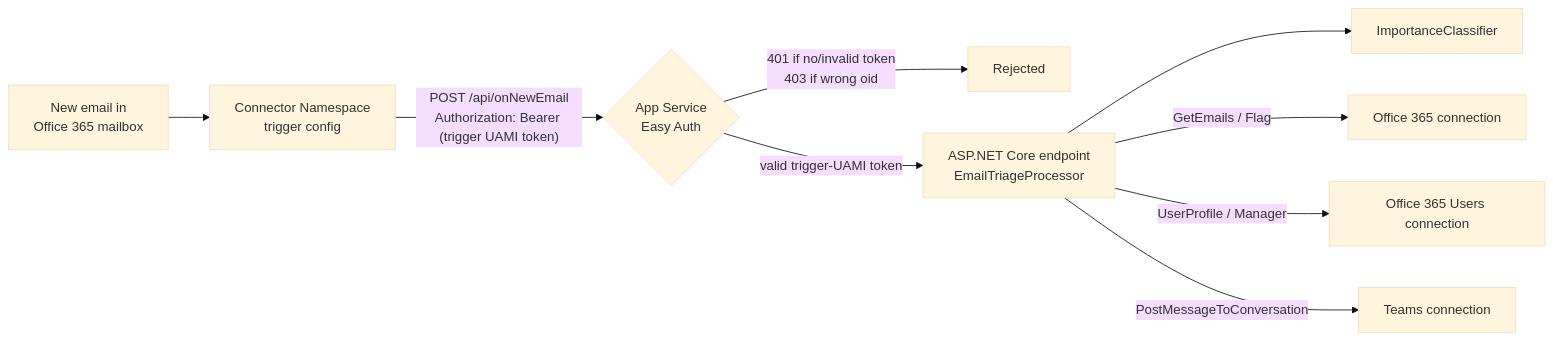
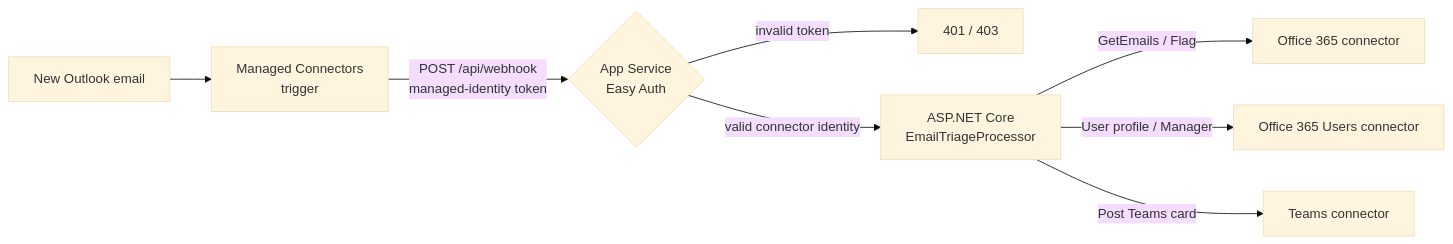
The diagram in README.md (Azure-Samples/app-service-connectors-net-e2e-email-users-teams), drawn with Mermaid (base theme) before and after one commit. The commit also changed other lines of this file and 8 other files, not shown here.

First line of the commit message:
Add first-class App Service connector destination (#1)

````diff
--- a/README.md
+++ b/README.md
@@ -39,11 +43,10 @@
 ```mermaid
 flowchart LR
-    A[New email in<br/>Office 365 mailbox] --> B[Connector Namespace<br/>trigger config]
-    B -- "POST /api/onNewEmail<br/>Authorization: Bearer (trigger UAMI token)" --> C{App Service<br/>Easy Auth}
-    C -- "401 if no/invalid token<br/>403 if wrong oid" --> X[Rejected]
-    C -- "valid trigger-UAMI token" --> D[ASP.NET Core endpoint<br/>EmailTriageProcessor]
-    D --> E[ImportanceClassifier]
-    D -- "GetEmails / Flag" --> F[Office 365 connection]
-    D -- "UserProfile / Manager" --> G[Office 365 Users connection]
-    D -- "PostMessageToConversation" --> H[Teams connection]
+    A[New Outlook email] --> B[Managed Connectors<br/>trigger]
+    B -- "POST /api/webhook<br/>managed-identity token" --> C{App Service<br/>Easy Auth}
+    C -- "invalid token" --> X[401 / 403]
+    C -- "valid connector identity" --> D[ASP.NET Core<br/>EmailTriageProcessor]
+    D -- "GetEmails / Flag" --> E[Office 365 connector]
+    D -- "User profile / Manager" --> F[Office 365 Users connector]
+    D -- "Post Teams card" --> G[Teams connector]
 ```
````
